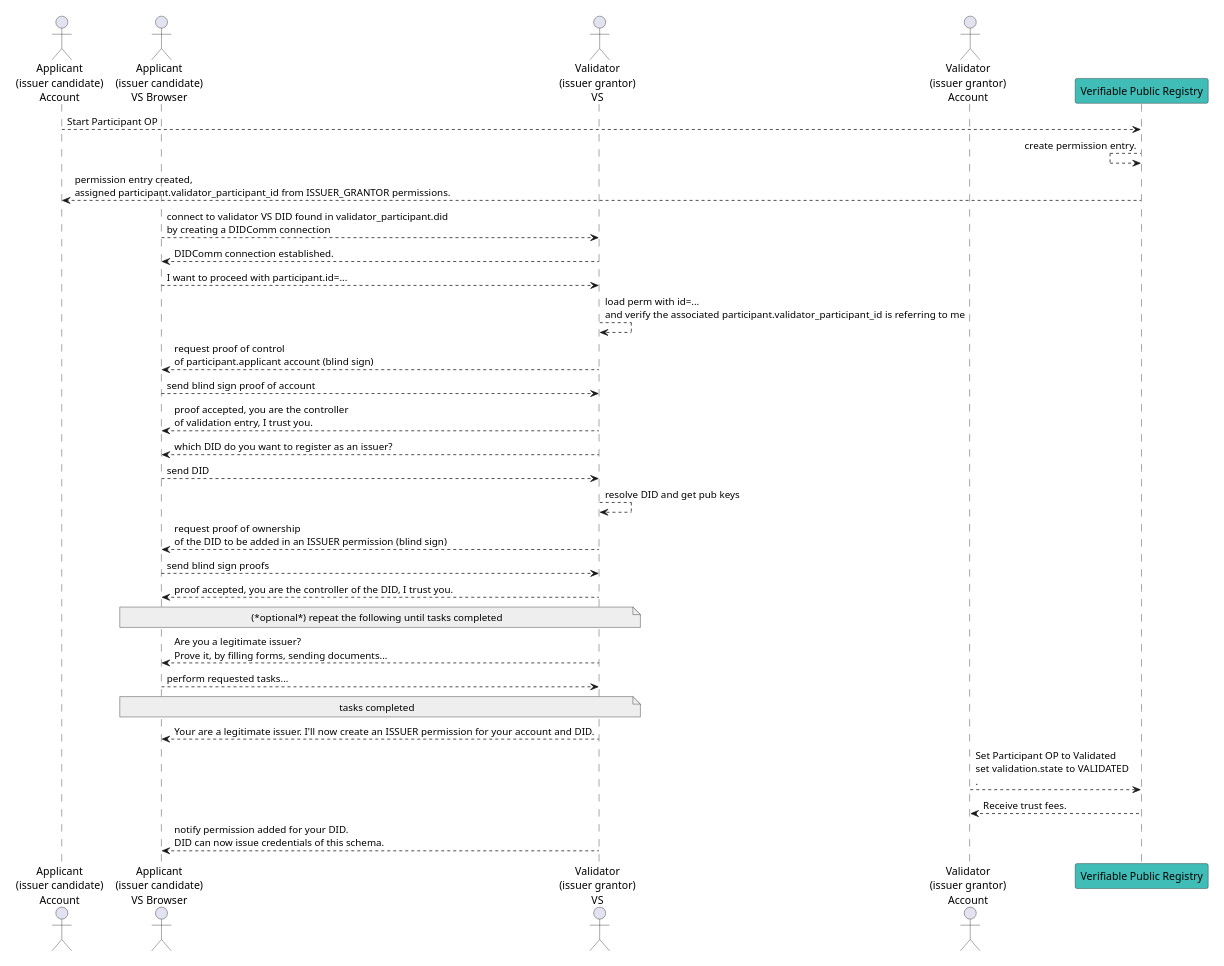
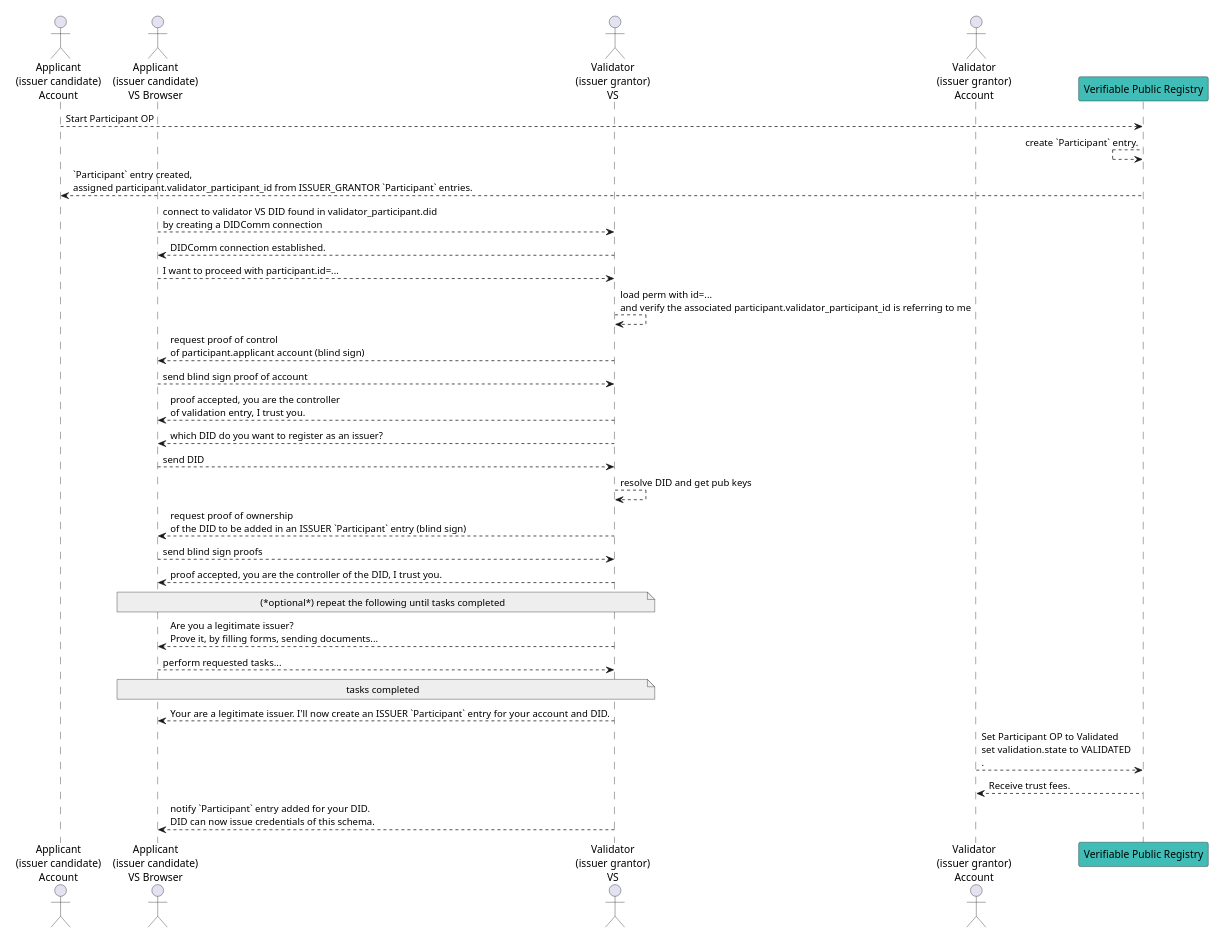
Diagram 21 of 21 in spec.md (verana-labs/verifiable-trust-vpr-spec), drawn with PlantUML before and after one commit. The commit also changed other lines of this file, not shown here.

````diff
--- a/spec.md
+++ b/spec.md
@@ -5161,35 +5161,35 @@
 ```plantuml
 scale max 800 width
 actor "Applicant\n(issuer candidate)\nAccount" as ApplicantAccount 
 actor "Applicant\n(issuer candidate)\nVS Browser" as ApplicantBrowser 
 
 actor "Validator\n(issuer grantor)\nVS" as ValidatorVS
 actor "Validator\n(issuer grantor)\nAccount" as ValidatorAccount
 
 participant "Verifiable Public Registry" as VPR #3fbdb6
 
 ApplicantAccount --> VPR: Start Participant OP
-VPR <-- VPR: create permission entry.
-ApplicantAccount <-- VPR: permission entry created,\nassigned participant.validator_participant_id from ISSUER_GRANTOR permissions.
+VPR <-- VPR: create `Participant` entry.
+ApplicantAccount <-- VPR: `Participant` entry created,\nassigned participant.validator_participant_id from ISSUER_GRANTOR `Participant` entries.
 ApplicantBrowser --> ValidatorVS: connect to validator VS DID found in validator_participant.did\nby creating a DIDComm connection
 ApplicantBrowser <-- ValidatorVS: DIDComm connection established.
 ApplicantBrowser --> ValidatorVS: I want to proceed with participant.id=...
 ValidatorVS --> ValidatorVS: load perm with id=...\nand verify the associated participant.validator_participant_id is referring to me
 ApplicantBrowser <-- ValidatorVS: request proof of control\nof participant.applicant account (blind sign)
 ApplicantBrowser --> ValidatorVS: send blind sign proof of account
 ApplicantBrowser <-- ValidatorVS: proof accepted, you are the controller\nof validation entry, I trust you.
 ApplicantBrowser <-- ValidatorVS: which DID do you want to register as an issuer?
 ApplicantBrowser --> ValidatorVS: send DID
 ValidatorVS --> ValidatorVS: resolve DID and get pub keys
-ApplicantBrowser <-- ValidatorVS: request proof of ownership\nof the DID to be added in an ISSUER permission (blind sign)
+ApplicantBrowser <-- ValidatorVS: request proof of ownership\nof the DID to be added in an ISSUER `Participant` entry (blind sign)
 ApplicantBrowser --> ValidatorVS: send blind sign proofs
 ApplicantBrowser <-- ValidatorVS: proof accepted, you are the controller of the DID, I trust you.
 note over ApplicantBrowser, ValidatorVS #EEEEEE: (*optional*) repeat the following until tasks completed
 ApplicantBrowser <-- ValidatorVS: Are you a legitimate issuer?\nProve it, by filling forms, sending documents...
 ApplicantBrowser --> ValidatorVS: perform requested tasks...
 note over ApplicantBrowser, ValidatorVS #EEEEEE: tasks completed
-ApplicantBrowser <-- ValidatorVS: Your are a legitimate issuer. I'll now create an ISSUER permission for your account and DID.
+ApplicantBrowser <-- ValidatorVS: Your are a legitimate issuer. I'll now create an ISSUER `Participant` entry for your account and DID.
 ValidatorAccount --> VPR #3fbdb6: Set Participant OP to Validated\nset validation.state to VALIDATED\n.
 VPR --> ValidatorAccount: Receive trust fees.
-ApplicantBrowser <-- ValidatorVS: notify permission added for your DID.\nDID can now issue credentials of this schema.
+ApplicantBrowser <-- ValidatorVS: notify `Participant` entry added for your DID.\nDID can now issue credentials of this schema.
 ```
````
